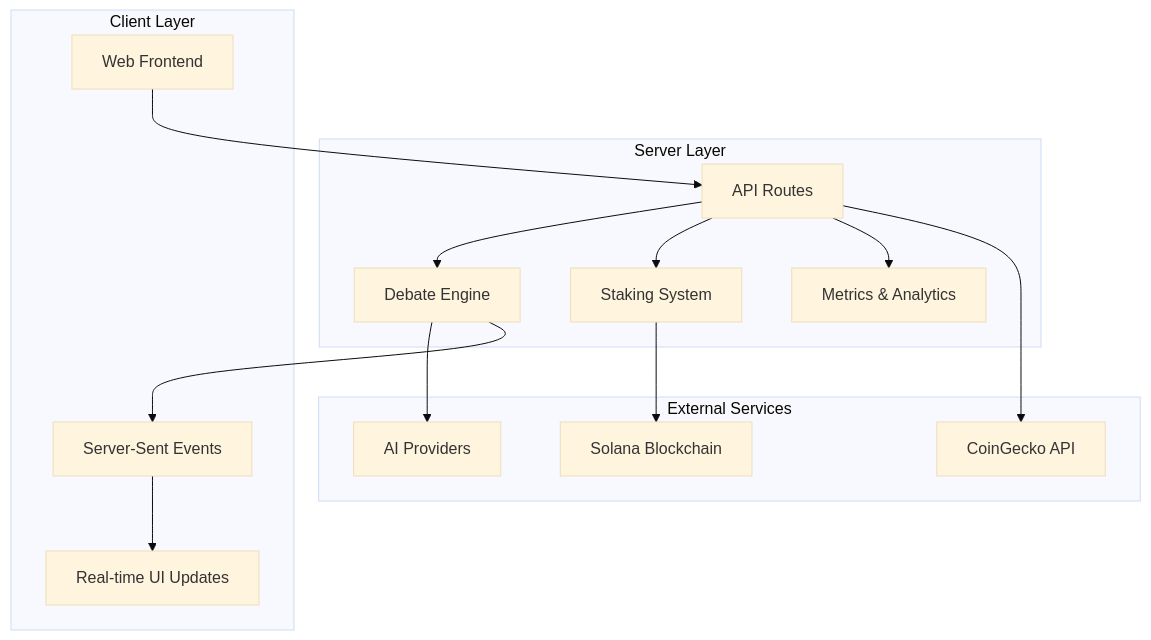
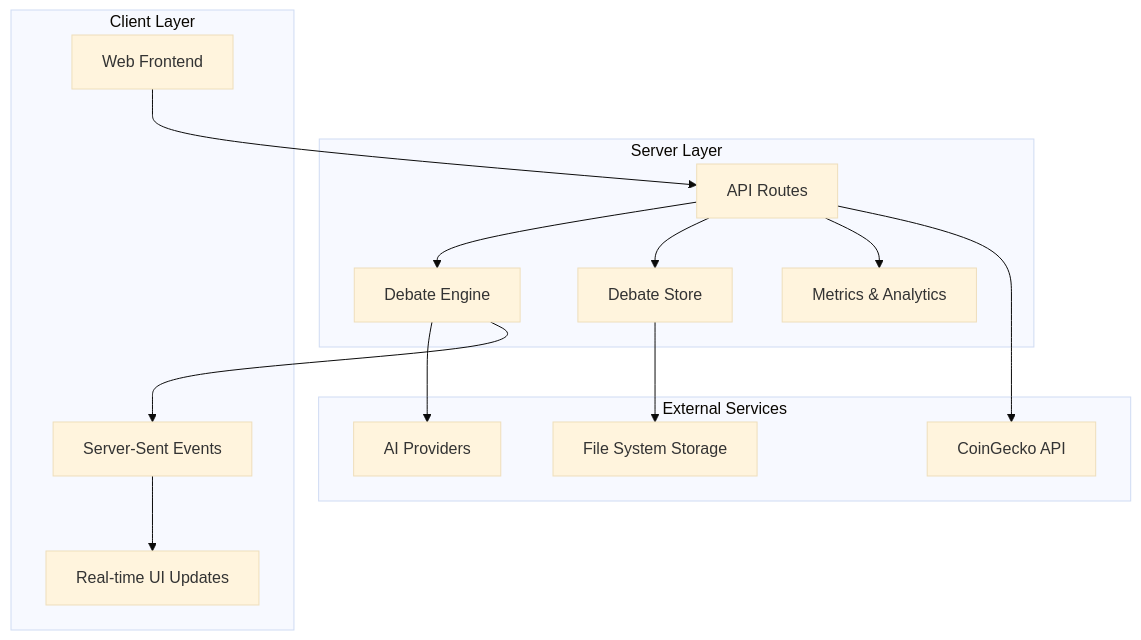
Before and after one commit to RunTimeAdmin/tri-ai: the first of 5 diagrams in .qoder/repowiki/en/content/API Reference/Debate API/Debate API.md, drawn with Mermaid (base theme). The commit also changed other lines of this file and 21 other files, not shown here.

````diff
--- a/.qoder/repowiki/en/content/API Reference/Debate API/Debate API.md
+++ b/.qoder/repowiki/en/content/API Reference/Debate API/Debate API.md
@@ -40,28 +50,28 @@
 ```mermaid
 graph TB
 subgraph "Server Layer"
 API[API Routes]
 Engine[Debate Engine]
-Staking[Staking System]
+Store[Debate Store]
 Metrics[Metrics & Analytics]
 end
 subgraph "Client Layer"
 Frontend[Web Frontend]
 SSE[Server-Sent Events]
 UI[Real-time UI Updates]
 end
 subgraph "External Services"
 Providers[AI Providers]
-Solana[Solana Blockchain]
+FS[File System Storage]
 Coingecko[CoinGecko API]
 end
 Frontend --> API
 API --> Engine
-API --> Staking
+API --> Store
 API --> Metrics
 Engine --> Providers
-Staking --> Solana
+Store --> FS
 API --> Coingecko
 Engine --> SSE
 SSE --> UI
 ```
````
